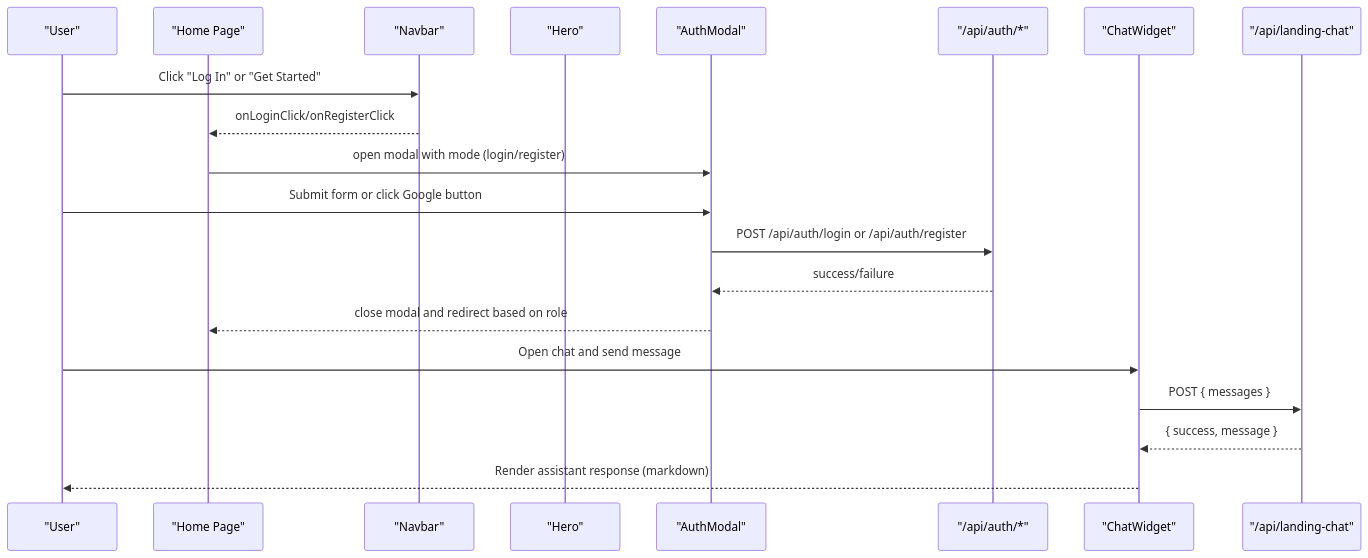
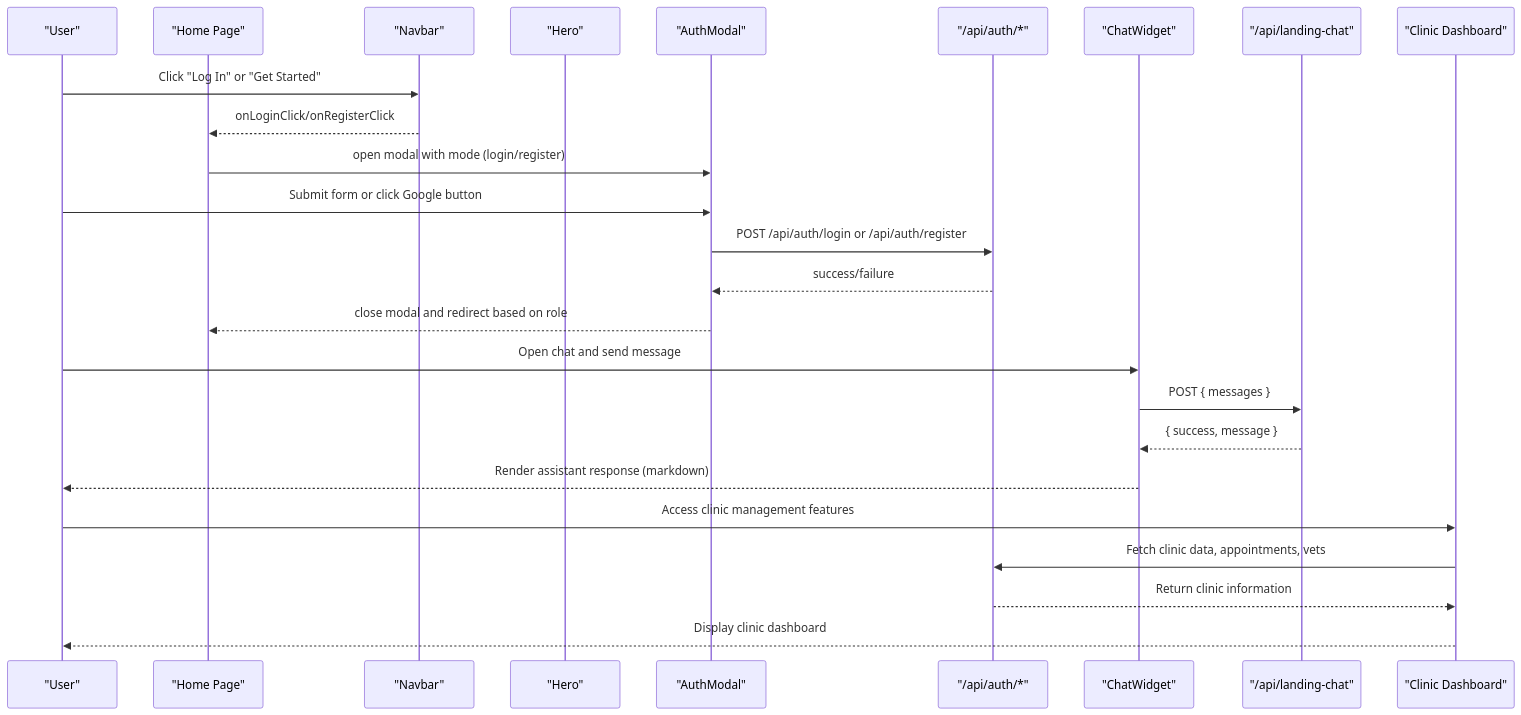
Before and after one commit to Javeria-Javaid/ai-powered-pet-healthcare-ecosystem: the second of 3 diagrams in .qoder/repowiki/en/content/UI Components/UI Components.md, drawn with Mermaid. The commit also changed other lines of this file and 48 other files, not shown here.

````diff
--- a/.qoder/repowiki/en/content/UI Components/UI Components.md
+++ b/.qoder/repowiki/en/content/UI Components/UI Components.md
@@ -95,22 +102,27 @@
 ```mermaid
 sequenceDiagram
 participant User as "User"
 participant Page as "Home Page"
 participant Navbar as "Navbar"
 participant Hero as "Hero"
 participant Modal as "AuthModal"
 participant API as "/api/auth/*"
 participant Chat as "ChatWidget"
 participant LChat as "/api/landing-chat"
+participant Dashboard as "Clinic Dashboard"
 User->>Navbar : Click "Log In" or "Get Started"
 Navbar-->>Page : onLoginClick/onRegisterClick
 Page->>Modal : open modal with mode (login/register)
 User->>Modal : Submit form or click Google button
 Modal->>API : POST /api/auth/login or /api/auth/register
 API-->>Modal : success/failure
 Modal-->>Page : close modal and redirect based on role
 User->>Chat : Open chat and send message
 Chat->>LChat : POST { messages }
 LChat-->>Chat : { success, message }
 Chat-->>User : Render assistant response (markdown)
+User->>Dashboard : Access clinic management features
+Dashboard->>API : Fetch clinic data, appointments, vets
+API-->>Dashboard : Return clinic information
+Dashboard-->>User : Display clinic dashboard
 ```
````
